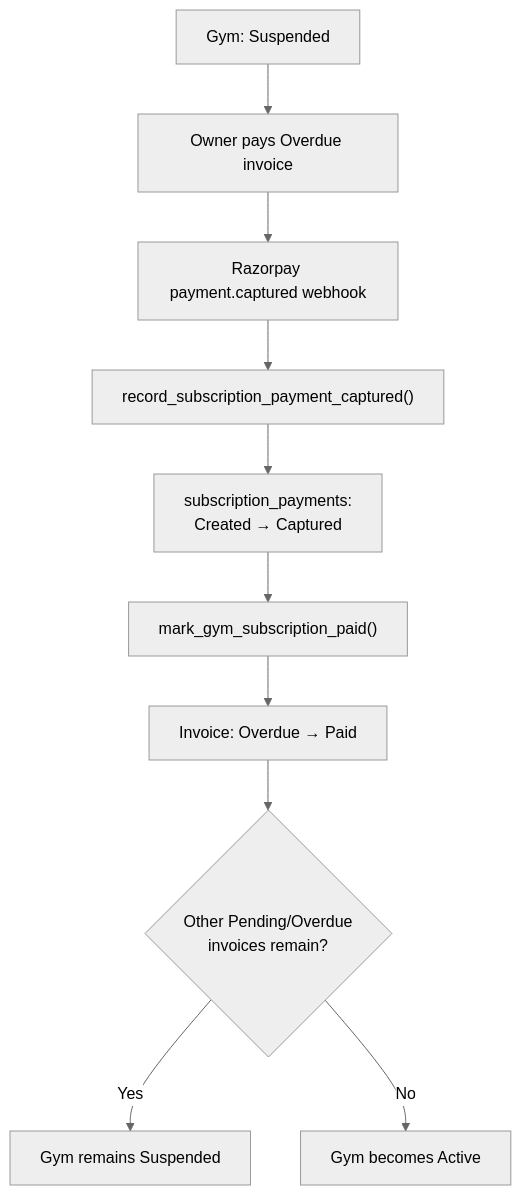
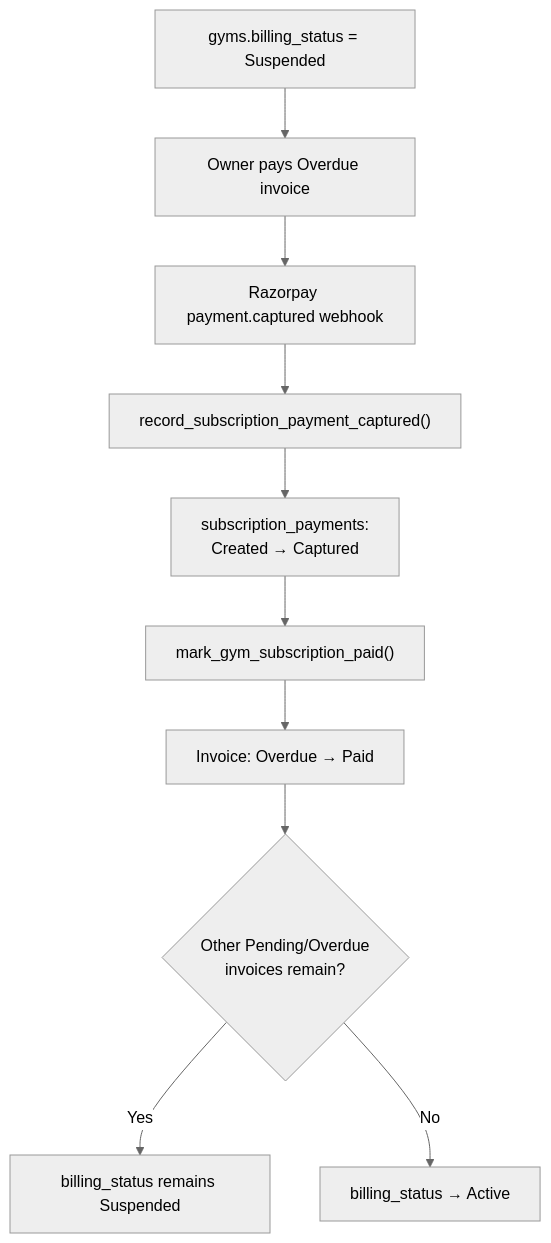
Before and after one commit to Sahil2720kumar/trackVim: diagram 13 of 23 in SaasBilling.md, drawn with Mermaid (neutral theme). The commit also changed other lines of this file and 20 other files, not shown here.

````diff
--- a/SaasBilling.md
+++ b/SaasBilling.md
@@ -258,12 +358,12 @@
 ```mermaid
 flowchart TD
-    A[Gym: Suspended] --> B[Owner pays Overdue invoice]
+    A["gyms.billing_status = Suspended"] --> B[Owner pays Overdue invoice]
     B --> C[Razorpay payment.captured webhook]
     C --> D["record_subscription_payment_captured()"]
     D --> E["subscription_payments:\nCreated → Captured"]
     E --> F["mark_gym_subscription_paid()"]
     F --> G["Invoice: Overdue → Paid"]
     G --> H{Other Pending/Overdue\ninvoices remain?}
-    H -- Yes --> I[Gym remains Suspended]
-    H -- No --> J[Gym becomes Active]
+    H -- Yes --> I["billing_status remains Suspended"]
+    H -- No --> J["billing_status → Active"]
 ```
````
